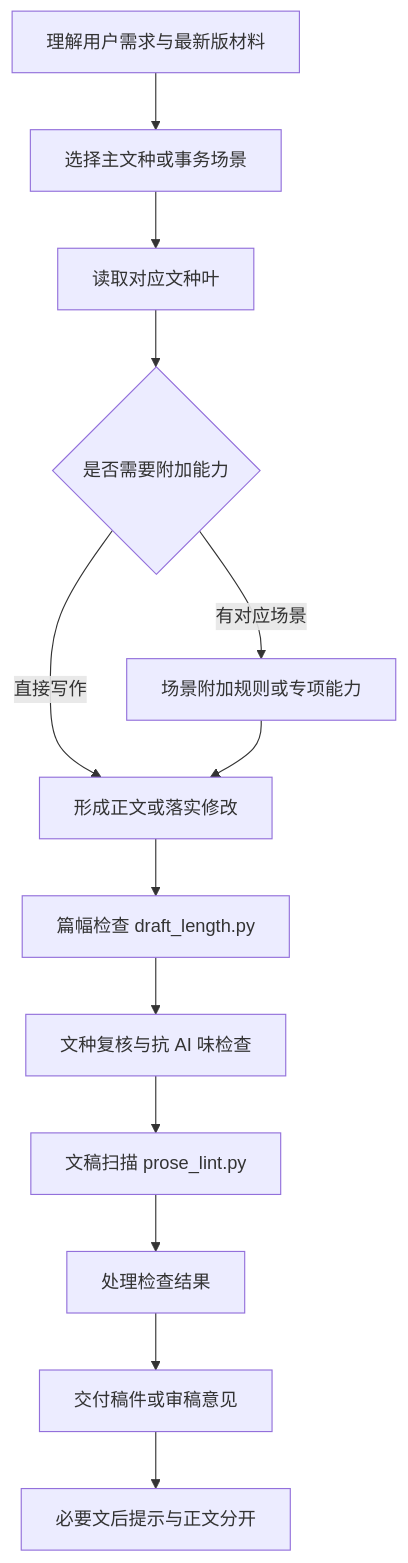
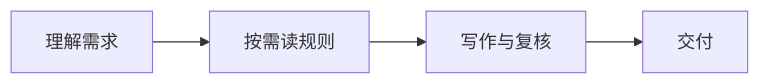
One commit to gongyu0918-debug/chinese-official-writing-skill changed the diagram in README.md. Above: the diagram before and after it, drawn with Mermaid. The commit also changed other lines of this file and 6 other files, not shown here.

````diff
--- a/README.md
+++ b/README.md
@@ -15,15 +15,6 @@
 ```mermaid
-flowchart TD
-    A[理解用户需求与最新版材料] --> B[选择主文种或事务场景]
-    B --> C[读取对应文种叶]
-    C --> D{是否需要附加能力}
-    D -->|有对应场景| E[场景附加规则或专项能力]
-    D -->|直接写作| F[形成正文或落实修改]
-    E --> F
-    F --> G[篇幅检查 draft_length.py]
-    G --> H[文种复核与抗 AI 味检查]
-    H --> I[文稿扫描 prose_lint.py]
-    I --> J[处理检查结果]
-    J --> K[交付稿件或审稿意见]
-    K --> L[必要文后提示与正文分开]
+flowchart LR
+    A[理解需求] --> B[按需读规则]
+    B --> C[写作与复核]
+    C --> D[交付]
 ```
````
